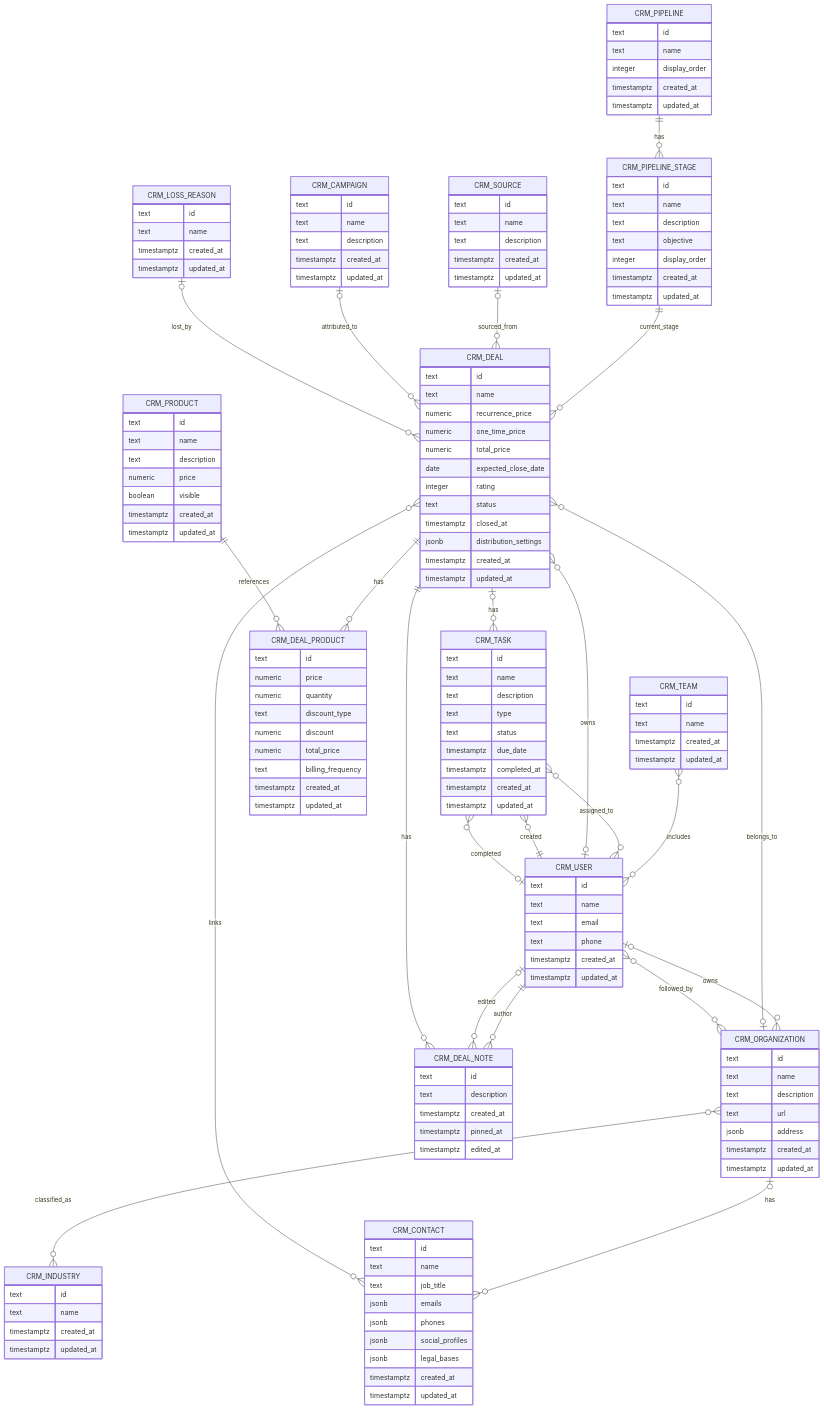
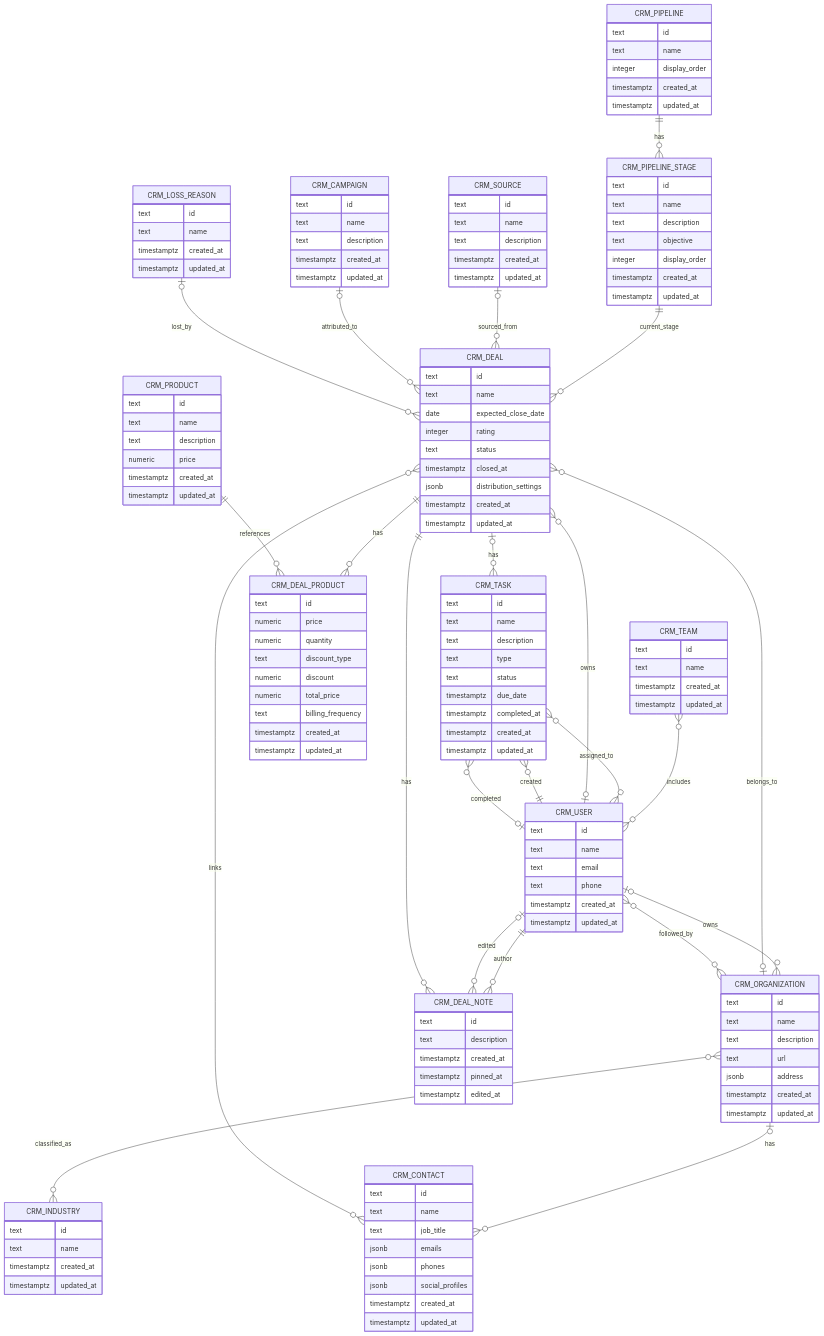
One commit to hcubasd/curly-spoon changed the first of 2 diagrams in README.md. Above: the diagram before and after it, drawn with Mermaid. The commit also changed 2 other files, not shown here.

Commit message:
remove visible, legal_bases, price fields from schema

```diff
--- a/README.md
+++ b/README.md
@@ -103,7 +103,6 @@
         text name
         text description
         numeric price
-        boolean visible
         timestamptz created_at
         timestamptz updated_at
     }
@@ -156,7 +155,6 @@
         jsonb emails
         jsonb phones
         jsonb social_profiles
-        jsonb legal_bases
         timestamptz created_at
         timestamptz updated_at
     }
@@ -164,9 +162,6 @@
     CRM_DEAL {
         text id
         text name
-        numeric recurrence_price
-        numeric one_time_price
-        numeric total_price
         date expected_close_date
         integer rating
         text status
```
